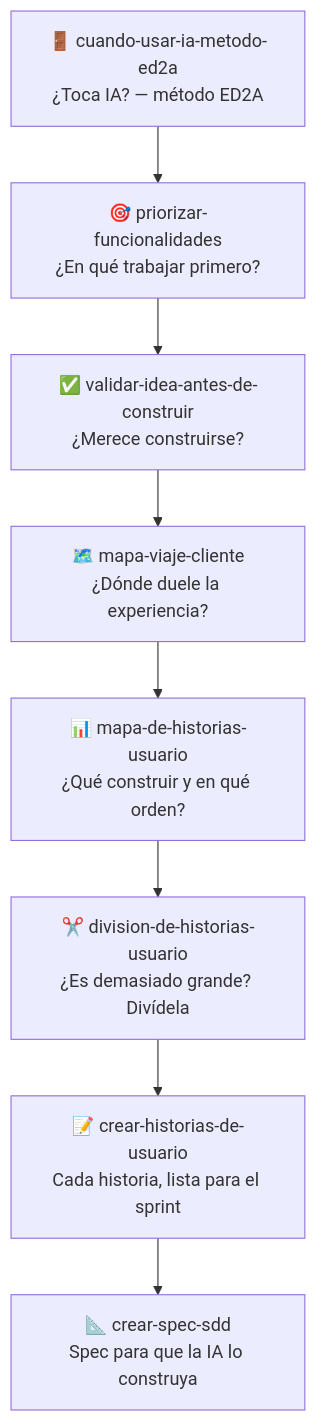
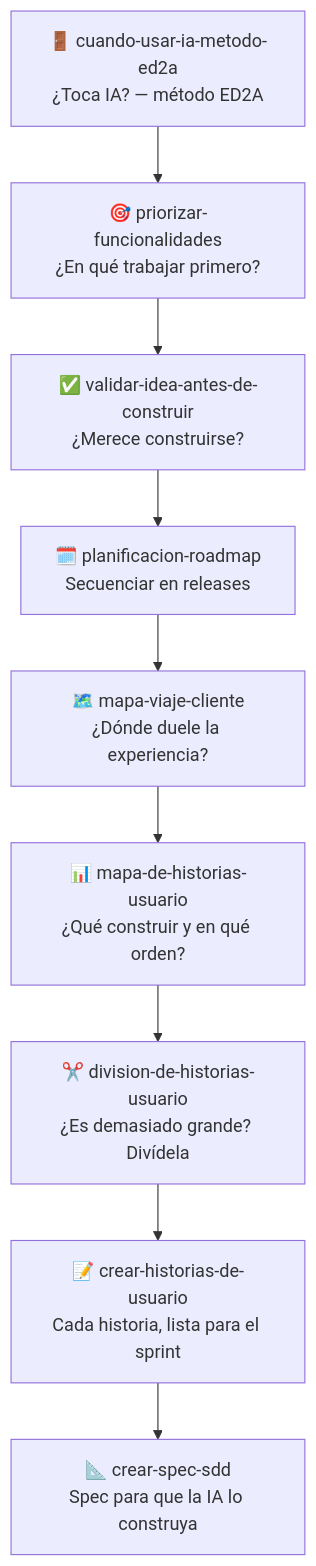
Before and after one commit to javier-garzas/ia-product-management: the diagram in README.md, drawn with Mermaid. The commit also changed other lines of this file and 1 other file, not shown here.

Commit message:
Anade la skill planificacion-roadmap (workflow de 5 fases, orientado a resultados)

````diff
--- a/README.md
+++ b/README.md
@@ -28,12 +28,13 @@
 ```mermaid
 flowchart TD
     A["🚪 cuando-usar-ia-metodo-ed2a<br/>¿Toca IA? — método ED2A"]
     P["🎯 priorizar-funcionalidades<br/>¿En qué trabajar primero?"]
     B["✅ validar-idea-antes-de-construir<br/>¿Merece construirse?"]
+    R["🗓️ planificacion-roadmap<br/>Secuenciar en releases"]
     C["🗺️ mapa-viaje-cliente<br/>¿Dónde duele la experiencia?"]
     D["📊 mapa-de-historias-usuario<br/>¿Qué construir y en qué orden?"]
     G["✂️ division-de-historias-usuario<br/>¿Es demasiado grande? Divídela"]
     E["📝 crear-historias-de-usuario<br/>Cada historia, lista para el sprint"]
     F["📐 crear-spec-sdd<br/>Spec para que la IA lo construya"]
-    A --> P --> B --> C --> D --> G --> E --> F
+    A --> P --> B --> R --> C --> D --> G --> E --> F
 ```
````
